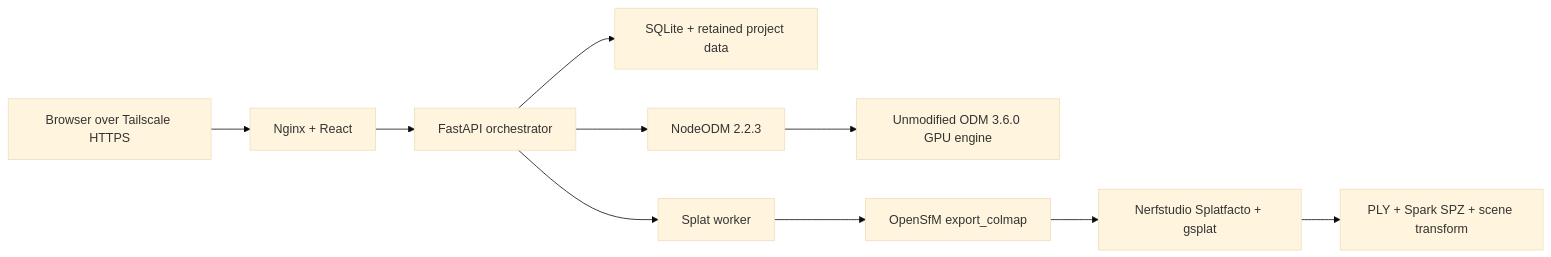
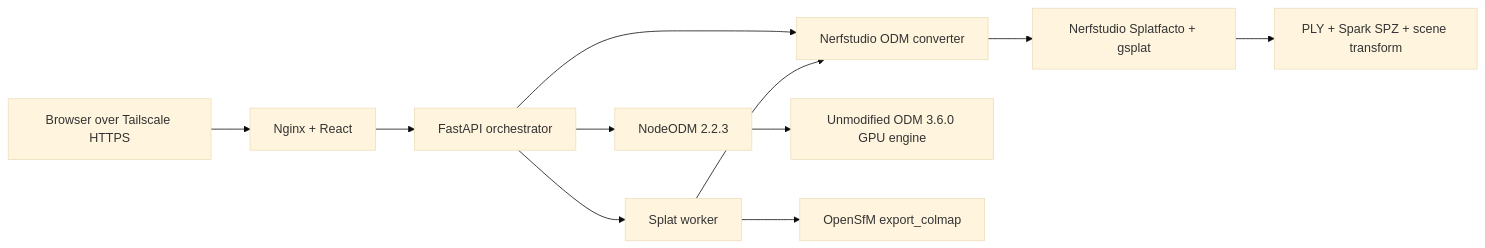
One commit to araysuter/3Ddrone changed the diagram in README.md. Above: the diagram before and after it, drawn with Mermaid (base theme). The commit also changed other lines of this file and 6 other files, not shown here.

````diff
--- a/README.md
+++ b/README.md
@@ -19,12 +19,13 @@
 ```mermaid
 flowchart LR
     B["Browser over Tailscale HTTPS"] --> N["Nginx + React"]
     N --> A["FastAPI orchestrator"]
     A --> D["SQLite + retained project data"]
     A --> O["NodeODM 2.2.3"]
     O --> M["Unmodified ODM 3.6.0 GPU engine"]
     A --> S["Splat worker"]
     S --> C["OpenSfM export_colmap"]
-    C --> G["Nerfstudio Splatfacto + gsplat"]
+    S --> D["Nerfstudio ODM converter"]
+    D --> G["Nerfstudio Splatfacto + gsplat"]
     G --> P["PLY + Spark SPZ + scene transform"]
 ```
````
